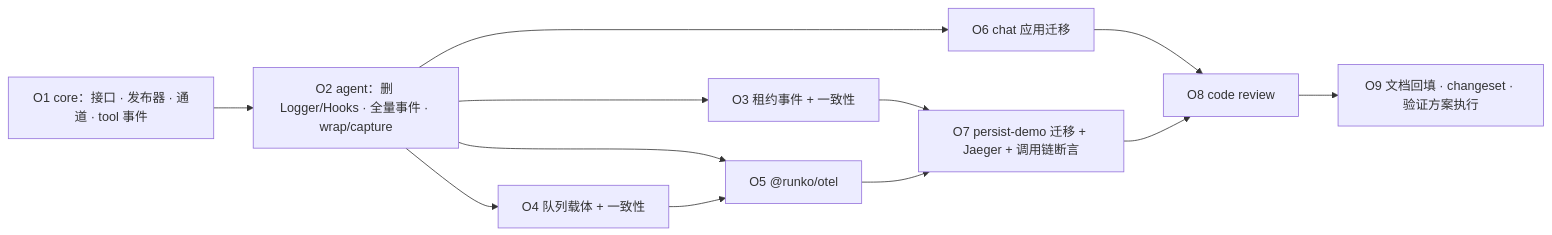
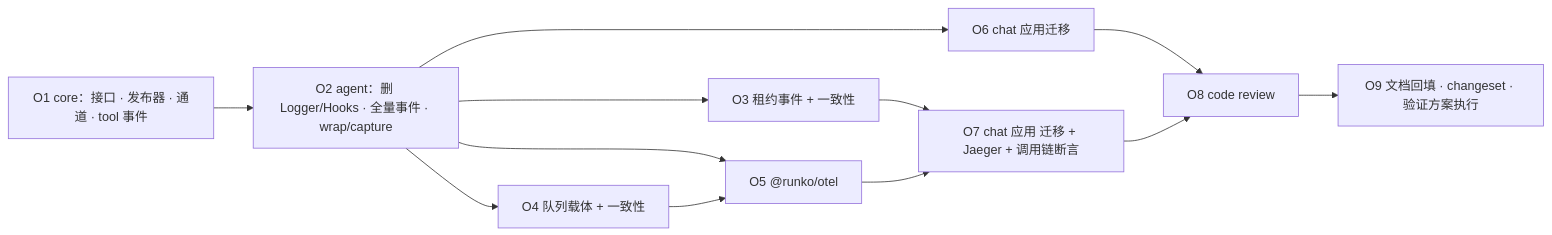
Before and after one commit to ludafa/runko: the diagram in docs/architecture/plans/observability.md, drawn with Mermaid. The commit also changed other lines of this file and 29 other files, not shown here.

````diff
--- a/docs/architecture/plans/observability.md
+++ b/docs/architecture/plans/observability.md
@@ -42,14 +42,14 @@
 ```mermaid
 flowchart LR
     O1["O1 core：接口 · 发布器 · 通道 · tool 事件"] --> O2["O2 agent：删 Logger/Hooks · 全量事件 · wrap/capture"]
     O2 --> O3["O3 租约事件 + 一致性"]
     O2 --> O4["O4 队列载体 + 一致性"]
     O2 --> O5["O5 @runko/otel"]
     O3 --> O7
     O4 --> O5
     O2 --> O6["O6 chat 应用迁移"]
-    O5 --> O7["O7 persist-demo 迁移 + Jaeger + 调用链断言"]
+    O5 --> O7["O7 chat 应用 迁移 + Jaeger + 调用链断言"]
     O6 --> O8["O8 code review"]
     O7 --> O8
     O8 --> O9["O9 文档回填 · changeset · 验证方案执行"]
 ```
````
